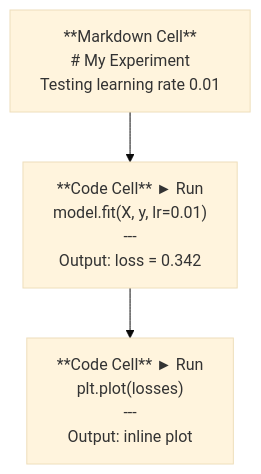
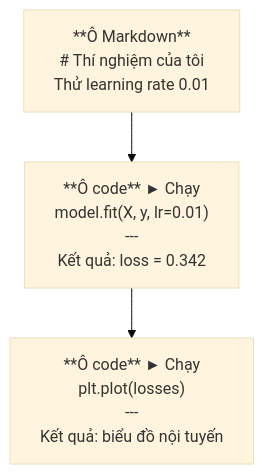
Before and after one commit to Huong002/ai-engineering-from-scratch: the first of 2 diagrams in phases/00-setup-and-tooling/05-jupyter-notebooks/docs/vi.md, drawn with Mermaid (base theme). The commit also changed other lines of this file and 6 other files, not shown here.

First line of the commit message:
docs(vi): translate the remaining English labels in mermaid diagrams

````diff
--- a/phases/00-setup-and-tooling/05-jupyter-notebooks/docs/vi.md
+++ b/phases/00-setup-and-tooling/05-jupyter-notebooks/docs/vi.md
@@ -27,5 +27,5 @@
 ```mermaid
 graph TD
-    A["**Markdown Cell**\n# My Experiment\nTesting learning rate 0.01"] --> B["**Code Cell** ► Run\nmodel.fit(X, y, lr=0.01)\n---\nOutput: loss = 0.342"]
-    B --> C["**Code Cell** ► Run\nplt.plot(losses)\n---\nOutput: inline plot"]
+    A["**Ô Markdown**\n# Thí nghiệm của tôi\nThử learning rate 0.01"] --> B["**Ô code** ► Chạy\nmodel.fit(X, y, lr=0.01)\n---\nKết quả: loss = 0.342"]
+    B --> C["**Ô code** ► Chạy\nplt.plot(losses)\n---\nKết quả: biểu đồ nội tuyến"]
 ```
````
